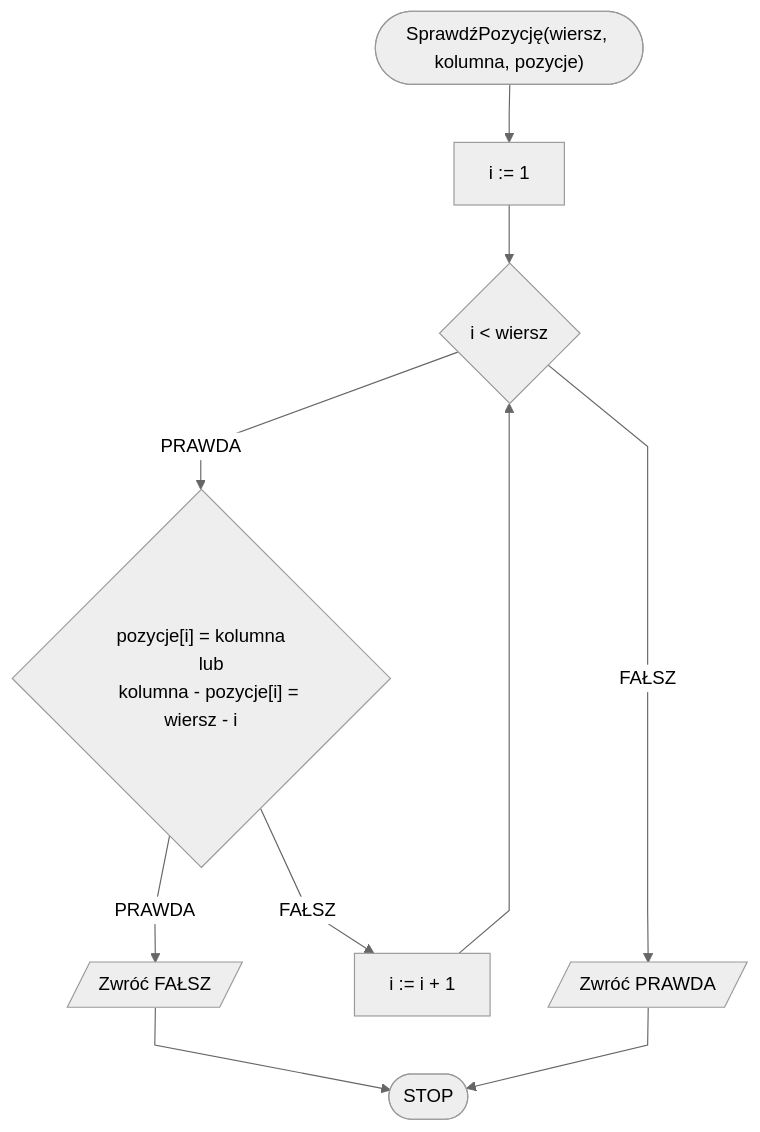
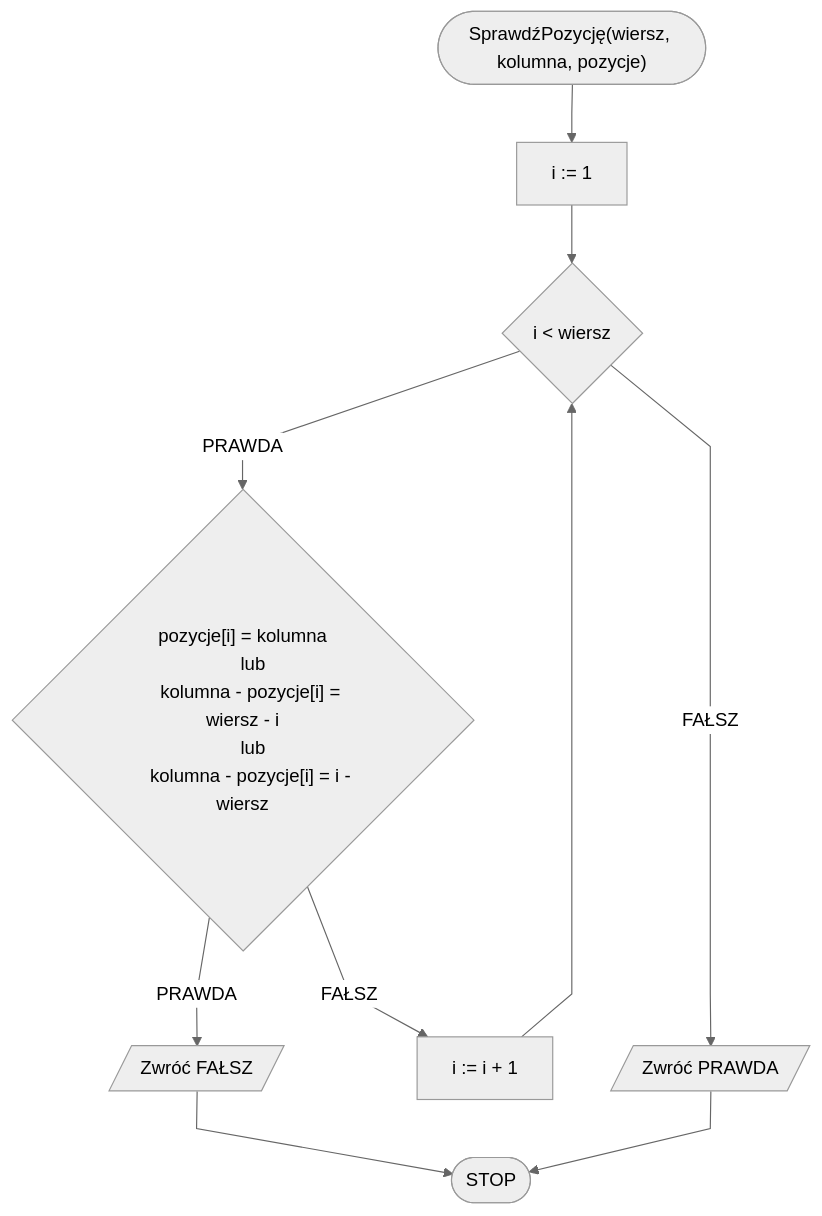
The first of 2 diagrams in docs/algorithms/backtracking/n-queens.md (blackbat13/edu-cs-htiew-pl), drawn with Mermaid before and after one commit.

````diff
--- a/docs/algorithms/backtracking/n-queens.md
+++ b/docs/algorithms/backtracking/n-queens.md
@@ -87,15 +87,17 @@
 ```mermaid
 %%{init: {"flowchart": {"curve": "linear"}, "theme": "neutral"} }%%
 flowchart TD
     START(["SprawdźPozycję(wiersz, kolumna, pozycje)"]) --> K0[i := 1]
     K0 --> K1{i < wiersz}
     K1 -- PRAWDA --> K2{"pozycje[i] = kolumna
     lub
-    kolumna - pozycje[i] = wiersz - i"}
+    kolumna - pozycje[i] = wiersz - i
+    lub
+    kolumna - pozycje[i] = i - wiersz"}
     K2 -- PRAWDA --> K3[/Zwróć FAŁSZ/]
     K2 -- FAŁSZ --> K1i[i := i + 1]
     K1i --> K1
     K1 -- FAŁSZ --> K4[/Zwróć PRAWDA/]
     K3 --> STOP([STOP])
     K4 --> STOP
 ```
````
